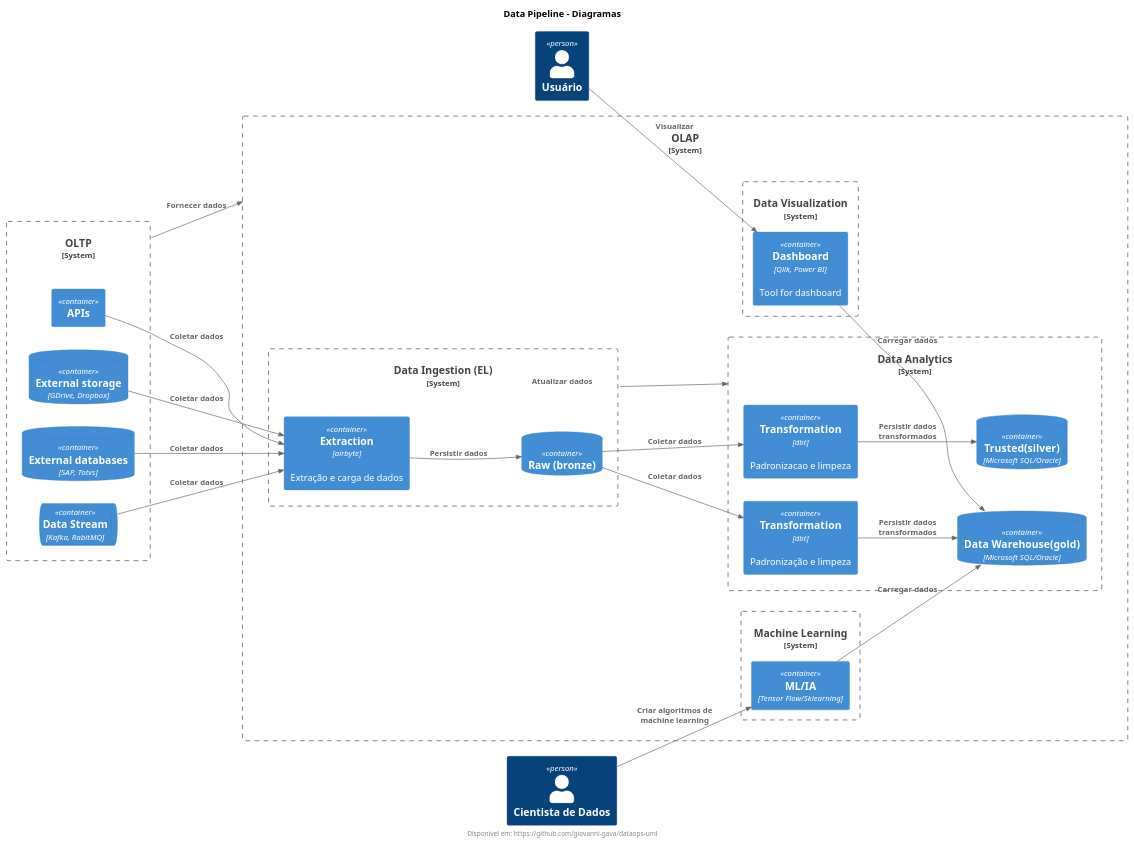
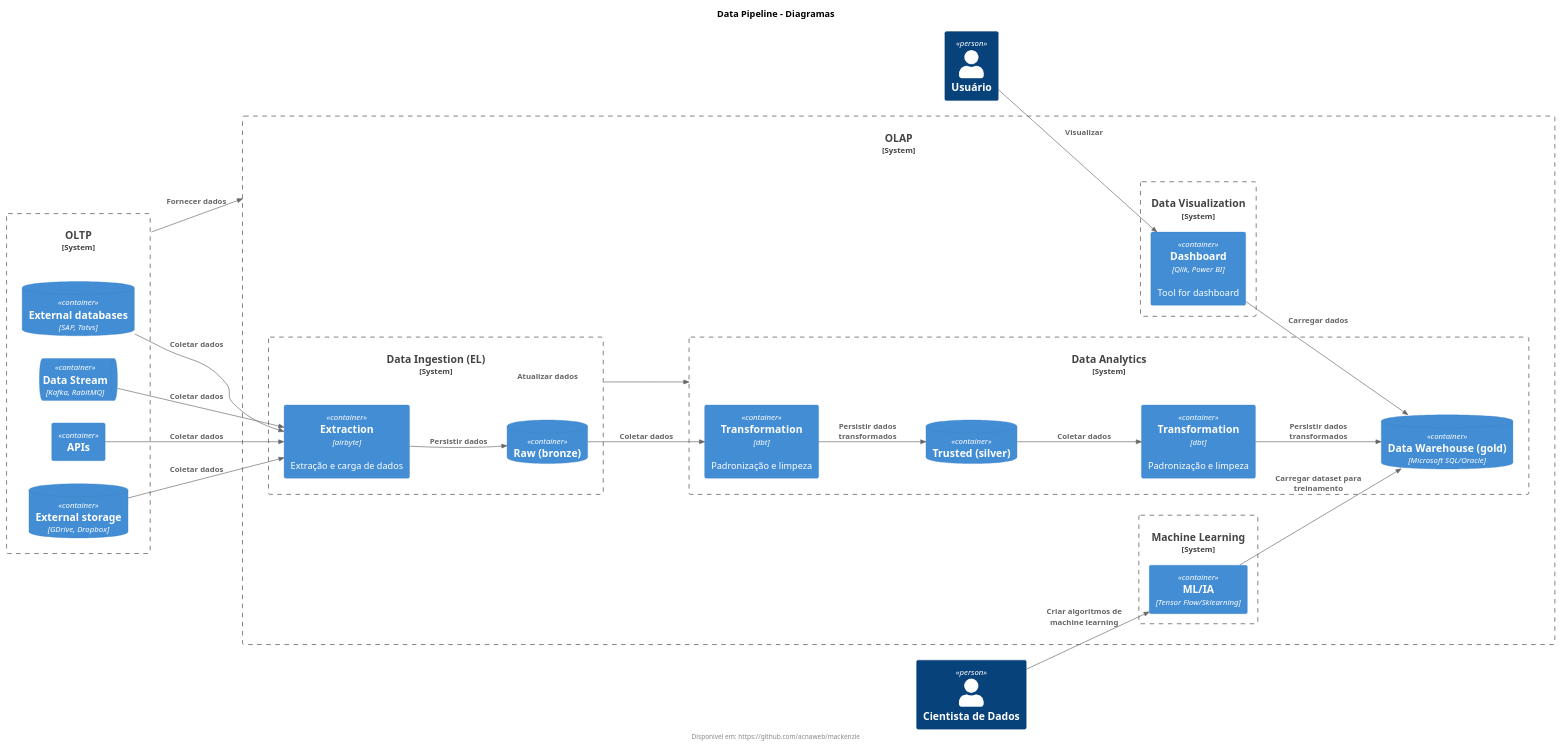
One commit to giovanni-gava/dataops-uml changed the diagram in diagrams/data_pipeline.wsd. Above: the diagram before and after it, drawn with PlantUML. The commit also changed other lines of this file, not shown here.

Commit message:
feat(dataops): changing schema and visualization

```diff
--- a/diagrams/data_pipeline.wsd
+++ b/diagrams/data_pipeline.wsd
@@ -1,62 +1,63 @@
 @startuml data_pipeline
 !include https://raw.githubusercontent.com/plantuml-stdlib/C4-PlantUML/master/C4_Container.puml
 title Data Pipeline - Diagramas
-footer Disponível em: https://github.com/giovanni-gava/dataops-uml
-LAYOUT_LEFT_RIGHT()
+footer Disponível em: https://github.com/acnaweb/mackenzie
+
+LAYOUT_LANDSCAPE()
 
 Person(user, "Usuário")
 Person(data_scientist, "Cientista de Dados")
 
 System_Boundary(olap, "OLAP") {
 
     System_Boundary(ml, "Machine Learning") {
         Container(ia, "ML/IA", "Tensor Flow/Sklearning", "")
     }
 
     System_Boundary(dataviz, "Data Visualization") {
         Container(dash, "Dashboard", "Qlik, Power BI", "Tool for dashboard")
     }
 
     System_Boundary(analytics, "Data Analytics") {
-        ContainerDb(silver, "Trusted(silver)", "Microsoft SQL/Oracle")
-        Container(transformation_bronze_silver, "Transformation", "dbt", "Padronizacao e limpeza")
-
-        ContainerDb(gold, "Data Warehouse(gold)", "Microsoft SQL/Oracle")
-        Container(transformation, "Transformation", "dbt", "Padronização e limpeza")
+        ContainerDb(silver, "Trusted (silver)", "")
+        Container(transformation_bronze_silver, "Transformation", "dbt", "Padronização e limpeza")
+        
+        ContainerDb(gold, "Data Warehouse (gold)", "Microsoft SQL/Oracle")
+        Container(transformation_silver_gold, "Transformation", "dbt", "Padronização e limpeza")
     }
 
     System_Boundary(ingestion, "Data Ingestion (EL)") {
         ContainerDb(bronze, "Raw (bronze)")
         Container(extraction, "Extraction", "airbyte", "Extração e carga de dados")
     }
 }
 
 System_Boundary(oltp, "OLTP") {
     ContainerDb(external_db, "External databases", "SAP, Totvs")
     ContainerQueue(external_queue, "Data Stream", "Kafka, RabitMQ")
     Container(external_api, "APIs")
     ContainerDb(external_storage, "External storage", "GDrive, Dropbox")
 }
 
 Rel(external_db, extraction, "Coletar dados")
 Rel(external_queue, extraction, "Coletar dados")
 Rel(external_api, extraction, "Coletar dados")
 Rel(external_storage, extraction, "Coletar dados")
 Rel(extraction, bronze, "Persistir dados")
 
 Rel(oltp, olap, "Fornecer dados")
 Rel(ingestion, analytics, "Atualizar dados")
 
+Rel(bronze, transformation_bronze_silver, "Coletar dados")
+Rel(transformation_bronze_silver, silver, "Persistir dados transformados")
+
+Rel(silver, transformation_silver_gold, "Coletar dados")
+Rel(transformation_silver_gold, gold, "Persistir dados transformados")
+
 Rel(user, dash, "Visualizar")
 Rel(dash, gold, "Carregar dados")
 
-Rel(transformation, gold, "Persistir dados transformados")
-Rel(bronze, transformation, "Coletar dados")
-
 Rel(data_scientist, ia, "Criar algoritmos de machine learning")
-Rel(ia, gold, "Carregar dados")
-
-Rel(bronze, transformation_bronze_silver, "Coletar dados")
-Rel(transformation_bronze_silver, silver, "Persistir dados transformados")
+Rel(ia, gold, "Carregar dataset para treinamento")
 
 @enduml
```
